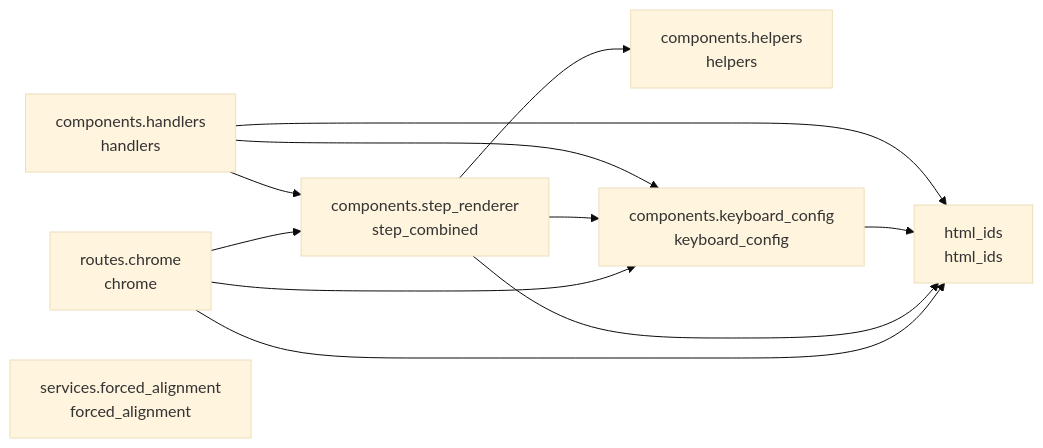
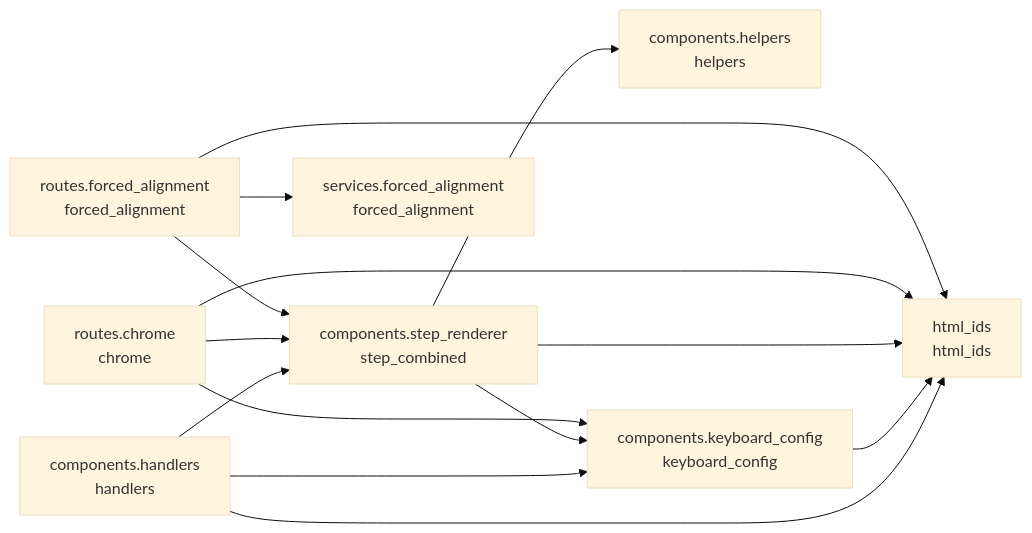
The diagram in README.md (cj-mills/cjm-transcript-segment-align), drawn with Mermaid (base theme) before and after one commit. The commit also changed other lines of this file and 7 other files, not shown here.

Commit message:
Add forced alignment routes with trigger, progress polling, and NLTK/FA toggle, wire into demo app with OOB card stack updates via FT attribute modification.

````diff
--- a/README.md
+++ b/README.md
@@ -30,21 +31,25 @@
 ``` mermaid
 graph LR
     components_handlers[components.handlers<br/>handlers]
     components_helpers[components.helpers<br/>helpers]
     components_keyboard_config[components.keyboard_config<br/>keyboard_config]
     components_step_renderer[components.step_renderer<br/>step_combined]
     html_ids[html_ids<br/>html_ids]
     routes_chrome[routes.chrome<br/>chrome]
+    routes_forced_alignment[routes.forced_alignment<br/>forced_alignment]
     services_forced_alignment[services.forced_alignment<br/>forced_alignment]
 
     components_handlers --> components_step_renderer
     components_handlers --> html_ids
     components_handlers --> components_keyboard_config
     components_keyboard_config --> html_ids
-    components_step_renderer --> components_helpers
     components_step_renderer --> html_ids
     components_step_renderer --> components_keyboard_config
-    routes_chrome --> components_step_renderer
+    components_step_renderer --> components_helpers
     routes_chrome --> html_ids
     routes_chrome --> components_keyboard_config
+    routes_chrome --> components_step_renderer
+    routes_forced_alignment --> components_step_renderer
+    routes_forced_alignment --> html_ids
+    routes_forced_alignment --> services_forced_alignment
 ```
````
